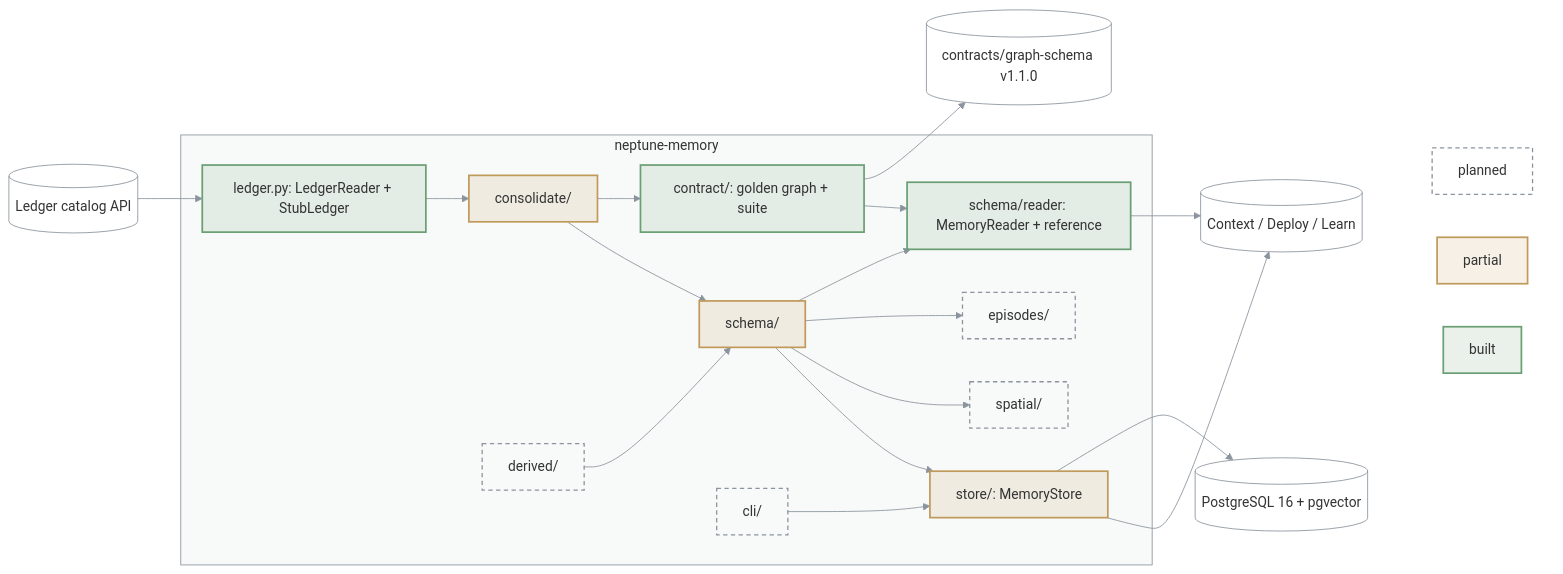
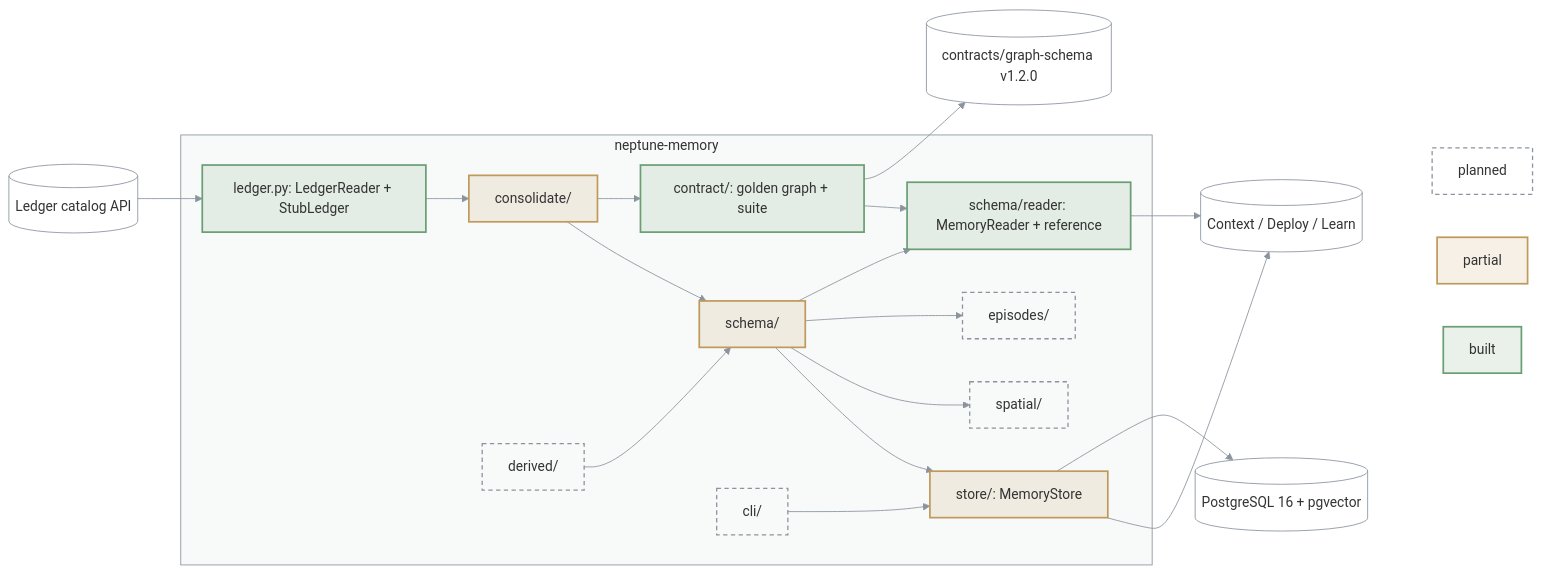
Before and after one commit to bennytay/neptune: the diagram in packages/neptune-memory/ARCHITECTURE.md, drawn with Mermaid. The commit also changed 22 other files, not shown here.

First line of the commit message:
feat(memory): publish graph-schema 1.2.0 with the configuration lineage vocabulary

````diff
--- a/packages/neptune-memory/ARCHITECTURE.md
+++ b/packages/neptune-memory/ARCHITECTURE.md
@@ -3,48 +3,48 @@
 ```mermaid
 flowchart LR
   LED[("Ledger catalog API")]
   PG[("PostgreSQL 16 + pgvector")]
   subgraph M["neptune-memory"]
     SEAM["ledger.py: LedgerReader + StubLedger"]
     CON["consolidate/"]
     DER["derived/"]
     SCH["schema/"]
     RD["schema/reader: MemoryReader + reference"]
     CT["contract/: golden graph + suite"]
     STO["store/: MemoryStore"]
     SPA["spatial/"]
     EPI["episodes/"]
     CLI["cli/"]
   end
   OUT[("Context / Deploy / Learn")]
   LED --> SEAM --> CON --> SCH --> STO
   DER --> SCH
   SCH --> SPA & EPI
   SCH --> RD --> OUT
   CON --> CT --> RD
-  CT --> REG[("contracts/graph-schema v1.1.0")]
+  CT --> REG[("contracts/graph-schema v1.2.0")]
   STO --> OUT
   CLI --> STO
   STO --> PG
 
   subgraph KEY[" "]
     K1["built"]
     K2["partial"]
     K3["planned"]
   end
   OUT ~~~ K1 & K2 & K3
 
   classDef built fill:#6a9f7426,stroke:#6a9f74,stroke-width:2px
   classDef partial fill:#c09a5b26,stroke:#c09a5b,stroke-width:2px
   classDef todo fill:none,stroke:#8b949e,stroke-width:1.5px,stroke-dasharray:5 4
   classDef ext fill:none,stroke:#8b949e,stroke-width:1px
   class K1 built
   class K2 partial
   class DER,SPA,EPI,CLI,K3 todo
   class CON,SCH,STO partial
   class SEAM,RD,CT built
   class LED,OUT,PG,REG ext
   style M fill:#8b949e0f,stroke:#8b949e
   style KEY fill:none,stroke:none
   linkStyle default stroke:#8b949e
 ```
````
